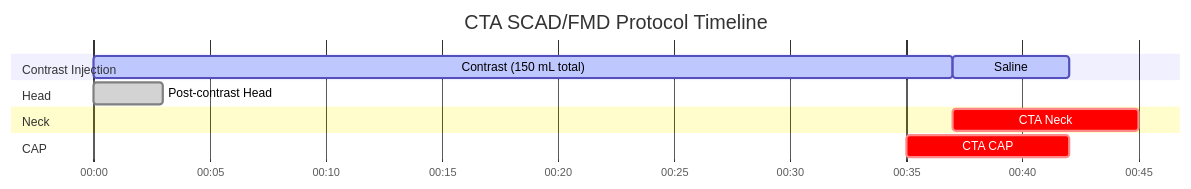
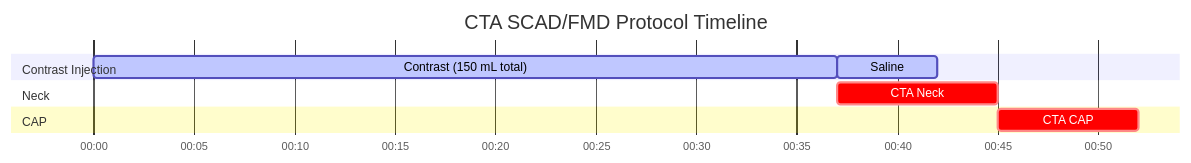
One commit to dfergs93/radiology-protocols changed the diagram in docs/ct/vascular/cta-scadfmd-protocol.md. Above: the diagram before and after it, drawn with Mermaid. The commit also changed 47 other files, not shown here.

Commit message:
Restore protocol files from main and add acquisition-diagram placeholders; default contrast duration to 30s when missing

````diff
--- a/docs/ct/vascular/cta-scadfmd-protocol.md
+++ b/docs/ct/vascular/cta-scadfmd-protocol.md
@@ -87,22 +87,20 @@
   ```mermaid
   ---
   displayMode: compact
   config:
     theme: default
     themeCSS: " #Saline{ fill: #4ed5ff; stroke: #2094f3; } "
   ---
     gantt
       title CTA SCAD/FMD Protocol Timeline
       dateFormat mm:ss
       axisFormat %M:%S 
       
       section Contrast Injection
       Contrast (150 mL total)    :active, contrast, 00:00, 37s
       Saline          :active, saline, after contrast, 5s
-      section Head
-      Post-contrast Head    :done, scan1, 00:00, 3s
       section Neck
       CTA Neck    :crit, scan2, after contrast, 8s
       section CAP
-      CTA CAP    :crit, scan3, 00:35, 7s
+      CTA CAP    :crit, scan3, 00:45, 7s
   ```
````
